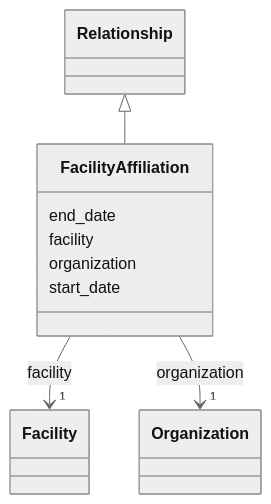
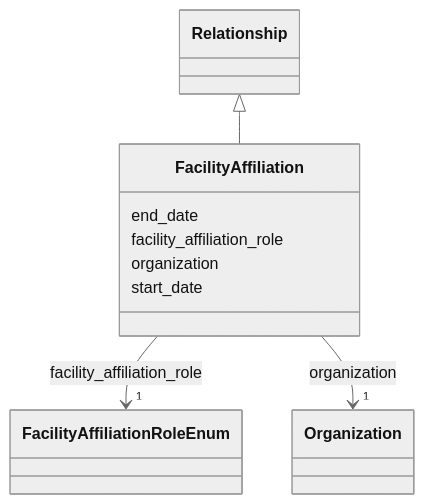
One commit to DARIAH-IL/idhi-manifests changed the diagram in docs/classes/FacilityAffiliation.md. Above: the diagram before and after it, drawn with Mermaid (neutral theme). The commit also changed other lines of this file and 68 other files, not shown here.

````diff
--- a/docs/classes/FacilityAffiliation.md
+++ b/docs/classes/FacilityAffiliation.md
@@ -22,41 +22,41 @@
 ```mermaid
  classDiagram
     class FacilityAffiliation
       Relationship <|-- FacilityAffiliation
         click Relationship href "../../classes/Relationship/"
       
 
       
 
       FacilityAffiliation : end_date
         
-      FacilityAffiliation : facility
+      FacilityAffiliation : facility_affiliation_role
         
           
     
         
         
-        FacilityAffiliation --> "1" Facility : facility
+        FacilityAffiliation --> "1" FacilityAffiliationRoleEnum : facility_affiliation_role
         
-        click Facility href "../../classes/Facility/"
+        click FacilityAffiliationRoleEnum href "../../enums/FacilityAffiliationRoleEnum/"
         
     
 
         
       FacilityAffiliation : organization
         
           
     
         
         
         FacilityAffiliation --> "1" Organization : organization
         
         click Organization href "../../classes/Organization/"
         
     
 
         
       FacilityAffiliation : start_date
         
       
 ```
````
